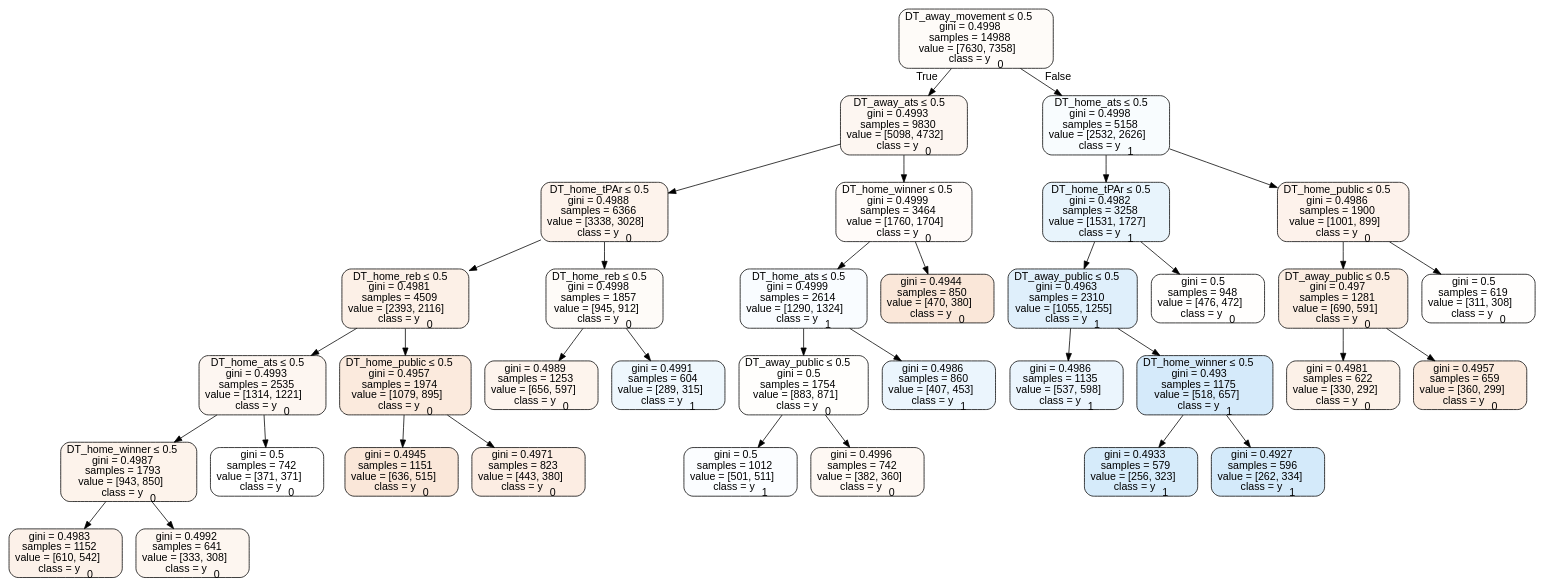
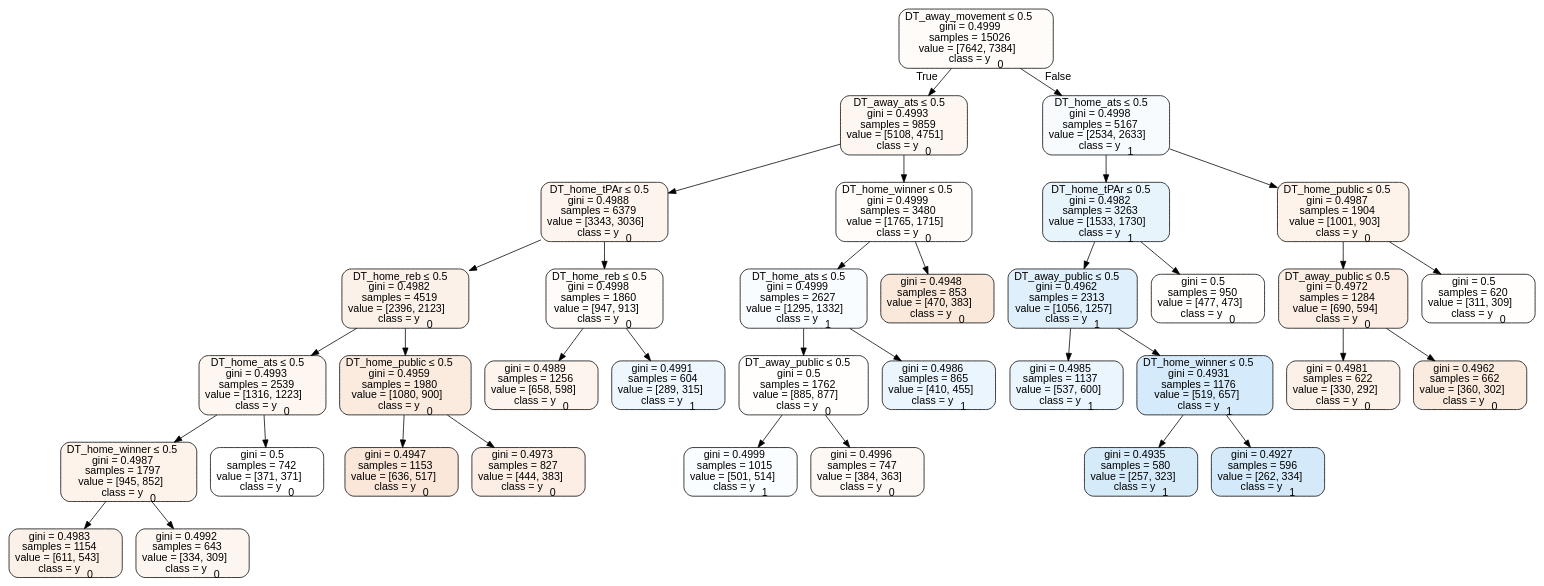
Before and after one commit to usbogie/ncaa-bets: the diagram in Basketball/data/trees/tree2016home.dot, drawn with Graphviz. The commit also changed 33 other files, not shown here.

```diff
--- a/Basketball/data/trees/tree2016home.dot
+++ b/Basketball/data/trees/tree2016home.dot
@@ -1,73 +1,73 @@
 digraph Tree {
 node [shape=box, style="filled, rounded", color="black", fontname=helvetica] ;
 edge [fontname=helvetica] ;
-0 [label=<DT_away_movement &le; 0.5<br/>gini = 0.4998<br/>samples = 14988<br/>value = [7630, 7358]<br/>class = y<SUB>0</SUB>>, fillcolor="#e5813909"] ;
-1 [label=<DT_away_ats &le; 0.5<br/>gini = 0.4993<br/>samples = 9830<br/>value = [5098, 4732]<br/>class = y<SUB>0</SUB>>, fillcolor="#e5813912"] ;
+0 [label=<DT_away_movement &le; 0.5<br/>gini = 0.4999<br/>samples = 15026<br/>value = [7642, 7384]<br/>class = y<SUB>0</SUB>>, fillcolor="#e5813909"] ;
+1 [label=<DT_away_ats &le; 0.5<br/>gini = 0.4993<br/>samples = 9859<br/>value = [5108, 4751]<br/>class = y<SUB>0</SUB>>, fillcolor="#e5813912"] ;
 0 -> 1 [labeldistance=2.5, labelangle=45, headlabel="True"] ;
-2 [label=<DT_home_tPAr &le; 0.5<br/>gini = 0.4988<br/>samples = 6366<br/>value = [3338, 3028]<br/>class = y<SUB>0</SUB>>, fillcolor="#e5813918"] ;
+2 [label=<DT_home_tPAr &le; 0.5<br/>gini = 0.4988<br/>samples = 6379<br/>value = [3343, 3036]<br/>class = y<SUB>0</SUB>>, fillcolor="#e5813917"] ;
 1 -> 2 ;
-3 [label=<DT_home_reb &le; 0.5<br/>gini = 0.4981<br/>samples = 4509<br/>value = [2393, 2116]<br/>class = y<SUB>0</SUB>>, fillcolor="#e581391e"] ;
+3 [label=<DT_home_reb &le; 0.5<br/>gini = 0.4982<br/>samples = 4519<br/>value = [2396, 2123]<br/>class = y<SUB>0</SUB>>, fillcolor="#e581391d"] ;
 2 -> 3 ;
-4 [label=<DT_home_ats &le; 0.5<br/>gini = 0.4993<br/>samples = 2535<br/>value = [1314, 1221]<br/>class = y<SUB>0</SUB>>, fillcolor="#e5813912"] ;
+4 [label=<DT_home_ats &le; 0.5<br/>gini = 0.4993<br/>samples = 2539<br/>value = [1316, 1223]<br/>class = y<SUB>0</SUB>>, fillcolor="#e5813912"] ;
 3 -> 4 ;
-5 [label=<DT_home_winner &le; 0.5<br/>gini = 0.4987<br/>samples = 1793<br/>value = [943, 850]<br/>class = y<SUB>0</SUB>>, fillcolor="#e5813919"] ;
+5 [label=<DT_home_winner &le; 0.5<br/>gini = 0.4987<br/>samples = 1797<br/>value = [945, 852]<br/>class = y<SUB>0</SUB>>, fillcolor="#e5813919"] ;
 4 -> 5 ;
-6 [label=<gini = 0.4983<br/>samples = 1152<br/>value = [610, 542]<br/>class = y<SUB>0</SUB>>, fillcolor="#e581391c"] ;
+6 [label=<gini = 0.4983<br/>samples = 1154<br/>value = [611, 543]<br/>class = y<SUB>0</SUB>>, fillcolor="#e581391c"] ;
 5 -> 6 ;
-7 [label=<gini = 0.4992<br/>samples = 641<br/>value = [333, 308]<br/>class = y<SUB>0</SUB>>, fillcolor="#e5813913"] ;
+7 [label=<gini = 0.4992<br/>samples = 643<br/>value = [334, 309]<br/>class = y<SUB>0</SUB>>, fillcolor="#e5813913"] ;
 5 -> 7 ;
 8 [label=<gini = 0.5<br/>samples = 742<br/>value = [371, 371]<br/>class = y<SUB>0</SUB>>, fillcolor="#e5813900"] ;
 4 -> 8 ;
-9 [label=<DT_home_public &le; 0.5<br/>gini = 0.4957<br/>samples = 1974<br/>value = [1079, 895]<br/>class = y<SUB>0</SUB>>, fillcolor="#e581392b"] ;
+9 [label=<DT_home_public &le; 0.5<br/>gini = 0.4959<br/>samples = 1980<br/>value = [1080, 900]<br/>class = y<SUB>0</SUB>>, fillcolor="#e581392a"] ;
 3 -> 9 ;
-10 [label=<gini = 0.4945<br/>samples = 1151<br/>value = [636, 515]<br/>class = y<SUB>0</SUB>>, fillcolor="#e5813931"] ;
+10 [label=<gini = 0.4947<br/>samples = 1153<br/>value = [636, 517]<br/>class = y<SUB>0</SUB>>, fillcolor="#e5813930"] ;
 9 -> 10 ;
-11 [label=<gini = 0.4971<br/>samples = 823<br/>value = [443, 380]<br/>class = y<SUB>0</SUB>>, fillcolor="#e5813924"] ;
+11 [label=<gini = 0.4973<br/>samples = 827<br/>value = [444, 383]<br/>class = y<SUB>0</SUB>>, fillcolor="#e5813923"] ;
 9 -> 11 ;
-12 [label=<DT_home_reb &le; 0.5<br/>gini = 0.4998<br/>samples = 1857<br/>value = [945, 912]<br/>class = y<SUB>0</SUB>>, fillcolor="#e5813909"] ;
+12 [label=<DT_home_reb &le; 0.5<br/>gini = 0.4998<br/>samples = 1860<br/>value = [947, 913]<br/>class = y<SUB>0</SUB>>, fillcolor="#e5813909"] ;
 2 -> 12 ;
-13 [label=<gini = 0.4989<br/>samples = 1253<br/>value = [656, 597]<br/>class = y<SUB>0</SUB>>, fillcolor="#e5813917"] ;
+13 [label=<gini = 0.4989<br/>samples = 1256<br/>value = [658, 598]<br/>class = y<SUB>0</SUB>>, fillcolor="#e5813917"] ;
 12 -> 13 ;
 14 [label=<gini = 0.4991<br/>samples = 604<br/>value = [289, 315]<br/>class = y<SUB>1</SUB>>, fillcolor="#399de515"] ;
 12 -> 14 ;
-15 [label=<DT_home_winner &le; 0.5<br/>gini = 0.4999<br/>samples = 3464<br/>value = [1760, 1704]<br/>class = y<SUB>0</SUB>>, fillcolor="#e5813908"] ;
+15 [label=<DT_home_winner &le; 0.5<br/>gini = 0.4999<br/>samples = 3480<br/>value = [1765, 1715]<br/>class = y<SUB>0</SUB>>, fillcolor="#e5813907"] ;
 1 -> 15 ;
-16 [label=<DT_home_ats &le; 0.5<br/>gini = 0.4999<br/>samples = 2614<br/>value = [1290, 1324]<br/>class = y<SUB>1</SUB>>, fillcolor="#399de507"] ;
+16 [label=<DT_home_ats &le; 0.5<br/>gini = 0.4999<br/>samples = 2627<br/>value = [1295, 1332]<br/>class = y<SUB>1</SUB>>, fillcolor="#399de507"] ;
 15 -> 16 ;
-17 [label=<DT_away_public &le; 0.5<br/>gini = 0.5<br/>samples = 1754<br/>value = [883, 871]<br/>class = y<SUB>0</SUB>>, fillcolor="#e5813903"] ;
+17 [label=<DT_away_public &le; 0.5<br/>gini = 0.5<br/>samples = 1762<br/>value = [885, 877]<br/>class = y<SUB>0</SUB>>, fillcolor="#e5813902"] ;
 16 -> 17 ;
-18 [label=<gini = 0.5<br/>samples = 1012<br/>value = [501, 511]<br/>class = y<SUB>1</SUB>>, fillcolor="#399de505"] ;
+18 [label=<gini = 0.4999<br/>samples = 1015<br/>value = [501, 514]<br/>class = y<SUB>1</SUB>>, fillcolor="#399de506"] ;
 17 -> 18 ;
-19 [label=<gini = 0.4996<br/>samples = 742<br/>value = [382, 360]<br/>class = y<SUB>0</SUB>>, fillcolor="#e581390f"] ;
+19 [label=<gini = 0.4996<br/>samples = 747<br/>value = [384, 363]<br/>class = y<SUB>0</SUB>>, fillcolor="#e581390e"] ;
 17 -> 19 ;
-20 [label=<gini = 0.4986<br/>samples = 860<br/>value = [407, 453]<br/>class = y<SUB>1</SUB>>, fillcolor="#399de51a"] ;
+20 [label=<gini = 0.4986<br/>samples = 865<br/>value = [410, 455]<br/>class = y<SUB>1</SUB>>, fillcolor="#399de519"] ;
 16 -> 20 ;
-21 [label=<gini = 0.4944<br/>samples = 850<br/>value = [470, 380]<br/>class = y<SUB>0</SUB>>, fillcolor="#e5813931"] ;
+21 [label=<gini = 0.4948<br/>samples = 853<br/>value = [470, 383]<br/>class = y<SUB>0</SUB>>, fillcolor="#e581392f"] ;
 15 -> 21 ;
-22 [label=<DT_home_ats &le; 0.5<br/>gini = 0.4998<br/>samples = 5158<br/>value = [2532, 2626]<br/>class = y<SUB>1</SUB>>, fillcolor="#399de509"] ;
+22 [label=<DT_home_ats &le; 0.5<br/>gini = 0.4998<br/>samples = 5167<br/>value = [2534, 2633]<br/>class = y<SUB>1</SUB>>, fillcolor="#399de50a"] ;
 0 -> 22 [labeldistance=2.5, labelangle=-45, headlabel="False"] ;
-23 [label=<DT_home_tPAr &le; 0.5<br/>gini = 0.4982<br/>samples = 3258<br/>value = [1531, 1727]<br/>class = y<SUB>1</SUB>>, fillcolor="#399de51d"] ;
+23 [label=<DT_home_tPAr &le; 0.5<br/>gini = 0.4982<br/>samples = 3263<br/>value = [1533, 1730]<br/>class = y<SUB>1</SUB>>, fillcolor="#399de51d"] ;
 22 -> 23 ;
-24 [label=<DT_away_public &le; 0.5<br/>gini = 0.4963<br/>samples = 2310<br/>value = [1055, 1255]<br/>class = y<SUB>1</SUB>>, fillcolor="#399de529"] ;
+24 [label=<DT_away_public &le; 0.5<br/>gini = 0.4962<br/>samples = 2313<br/>value = [1056, 1257]<br/>class = y<SUB>1</SUB>>, fillcolor="#399de529"] ;
 23 -> 24 ;
-25 [label=<gini = 0.4986<br/>samples = 1135<br/>value = [537, 598]<br/>class = y<SUB>1</SUB>>, fillcolor="#399de51a"] ;
+25 [label=<gini = 0.4985<br/>samples = 1137<br/>value = [537, 600]<br/>class = y<SUB>1</SUB>>, fillcolor="#399de51b"] ;
 24 -> 25 ;
-26 [label=<DT_home_winner &le; 0.5<br/>gini = 0.493<br/>samples = 1175<br/>value = [518, 657]<br/>class = y<SUB>1</SUB>>, fillcolor="#399de536"] ;
+26 [label=<DT_home_winner &le; 0.5<br/>gini = 0.4931<br/>samples = 1176<br/>value = [519, 657]<br/>class = y<SUB>1</SUB>>, fillcolor="#399de536"] ;
 24 -> 26 ;
-27 [label=<gini = 0.4933<br/>samples = 579<br/>value = [256, 323]<br/>class = y<SUB>1</SUB>>, fillcolor="#399de535"] ;
+27 [label=<gini = 0.4935<br/>samples = 580<br/>value = [257, 323]<br/>class = y<SUB>1</SUB>>, fillcolor="#399de534"] ;
 26 -> 27 ;
 28 [label=<gini = 0.4927<br/>samples = 596<br/>value = [262, 334]<br/>class = y<SUB>1</SUB>>, fillcolor="#399de537"] ;
 26 -> 28 ;
-29 [label=<gini = 0.5<br/>samples = 948<br/>value = [476, 472]<br/>class = y<SUB>0</SUB>>, fillcolor="#e5813902"] ;
+29 [label=<gini = 0.5<br/>samples = 950<br/>value = [477, 473]<br/>class = y<SUB>0</SUB>>, fillcolor="#e5813902"] ;
 23 -> 29 ;
-30 [label=<DT_home_public &le; 0.5<br/>gini = 0.4986<br/>samples = 1900<br/>value = [1001, 899]<br/>class = y<SUB>0</SUB>>, fillcolor="#e581391a"] ;
+30 [label=<DT_home_public &le; 0.5<br/>gini = 0.4987<br/>samples = 1904<br/>value = [1001, 903]<br/>class = y<SUB>0</SUB>>, fillcolor="#e5813919"] ;
 22 -> 30 ;
-31 [label=<DT_away_public &le; 0.5<br/>gini = 0.497<br/>samples = 1281<br/>value = [690, 591]<br/>class = y<SUB>0</SUB>>, fillcolor="#e5813925"] ;
+31 [label=<DT_away_public &le; 0.5<br/>gini = 0.4972<br/>samples = 1284<br/>value = [690, 594]<br/>class = y<SUB>0</SUB>>, fillcolor="#e5813923"] ;
 30 -> 31 ;
 32 [label=<gini = 0.4981<br/>samples = 622<br/>value = [330, 292]<br/>class = y<SUB>0</SUB>>, fillcolor="#e581391d"] ;
 31 -> 32 ;
-33 [label=<gini = 0.4957<br/>samples = 659<br/>value = [360, 299]<br/>class = y<SUB>0</SUB>>, fillcolor="#e581392b"] ;
+33 [label=<gini = 0.4962<br/>samples = 662<br/>value = [360, 302]<br/>class = y<SUB>0</SUB>>, fillcolor="#e5813929"] ;
 31 -> 33 ;
-34 [label=<gini = 0.5<br/>samples = 619<br/>value = [311, 308]<br/>class = y<SUB>0</SUB>>, fillcolor="#e5813902"] ;
+34 [label=<gini = 0.5<br/>samples = 620<br/>value = [311, 309]<br/>class = y<SUB>0</SUB>>, fillcolor="#e5813902"] ;
 30 -> 34 ;
 }
```
